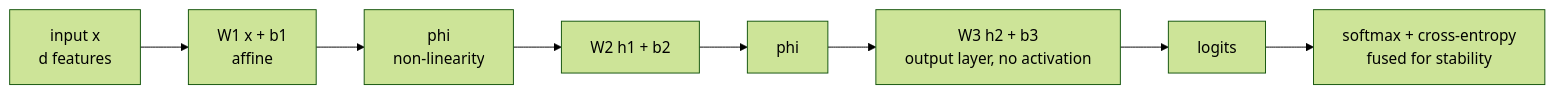
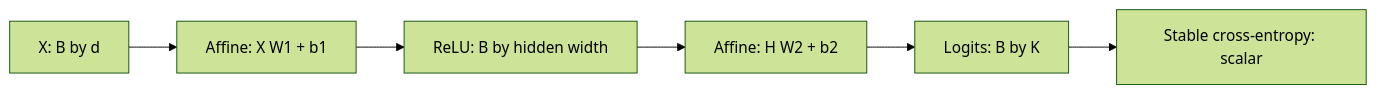
One commit to alliedbrother/ml-interview-notes changed the diagram in content/notes/deep-learning/neural-networks.md. Above: the diagram before and after it, drawn with Mermaid (forest theme). The commit also changed other lines of this file and 217 other files, not shown here.

````diff
--- a/content/notes/deep-learning/neural-networks.md
+++ b/content/notes/deep-learning/neural-networks.md
@@ -72,10 +94,8 @@
 ```mermaid
 flowchart LR
-    X["input x<br/>d features"] --> L1["W1 x + b1<br/>affine"]
-    L1 --> A1["phi<br/>non-linearity"]
-    A1 --> L2["W2 h1 + b2"]
-    L2 --> A2["phi"]
-    A2 --> L3["W3 h2 + b3<br/>output layer, no activation"]
-    L3 --> OUT["logits"]
-    OUT --> LOSS["softmax + cross-entropy<br/>fused for stability"]
+    X["X: B by d"] --> A["Affine: X W1 + b1"]
+    A --> H["ReLU: B by hidden width"]
+    H --> Z["Affine: H W2 + b2"]
+    Z --> L["Logits: B by K"]
+    L --> C["Stable cross-entropy: scalar"]
 ```
````
